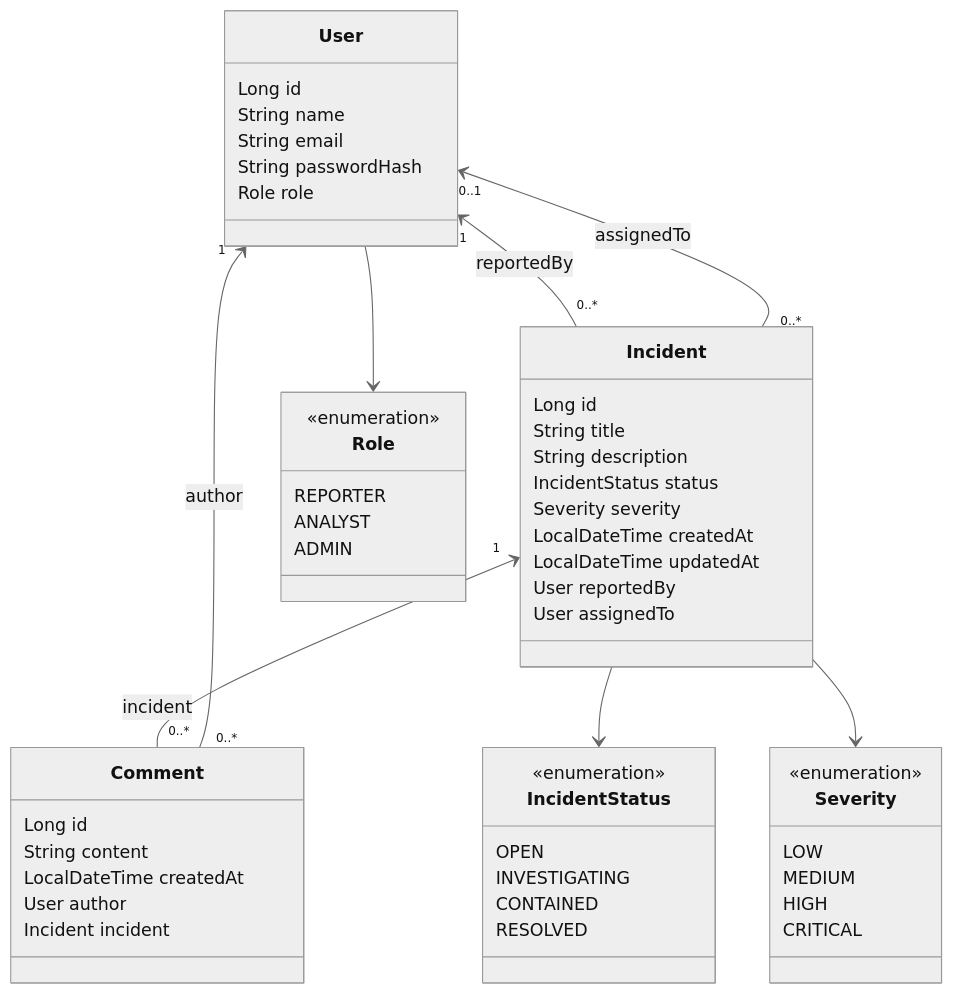
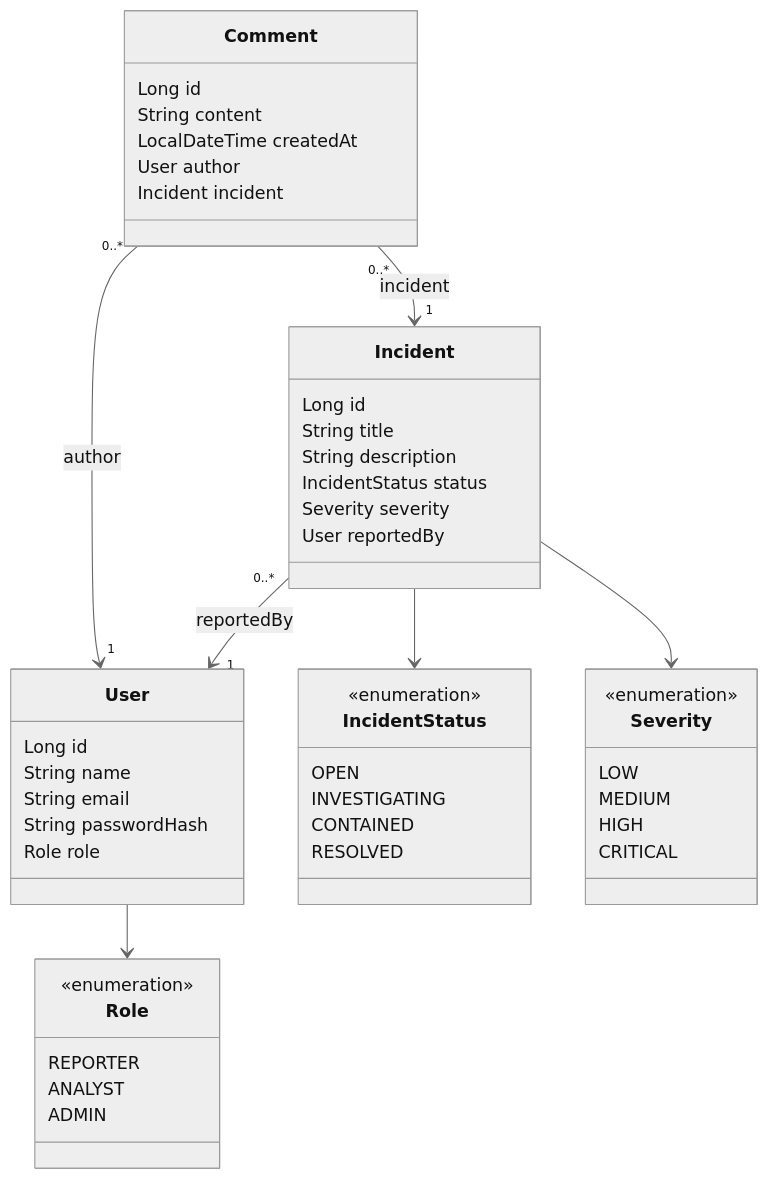
The diagram in docs/entity-diagram.md (nykantwi/SM3-projekt---Cyber-Incident-Tracker), drawn with Mermaid (neutral theme) before and after one commit. The commit also changed other lines of this file and 4 other files, not shown here.

````diff
--- a/docs/entity-diagram.md
+++ b/docs/entity-diagram.md
@@ -18,61 +9,57 @@
 ```mermaid
 classDiagram
     class Incident {
         Long id
         String title
         String description
         IncidentStatus status
         Severity severity
-        LocalDateTime createdAt
-        LocalDateTime updatedAt
         User reportedBy
-        User assignedTo
     }
 
     class User {
         Long id
         String name
         String email
         String passwordHash
         Role role
     }
 
     class Comment {
         Long id
         String content
         LocalDateTime createdAt
         User author
         Incident incident
     }
 
     class IncidentStatus {
         <<enumeration>>
         OPEN
         INVESTIGATING
         CONTAINED
         RESOLVED
     }
 
     class Severity {
         <<enumeration>>
         LOW
         MEDIUM
         HIGH
         CRITICAL
     }
 
     class Role {
         <<enumeration>>
         REPORTER
         ANALYST
         ADMIN
     }
 
-    User "1" <-- "0..*" Incident : reportedBy
-    User "0..1" <-- "0..*" Incident : assignedTo
-    Incident "1" <-- "0..*" Comment : incident
-    User "1" <-- "0..*" Comment : author
+    Incident "0..*" --> "1" User : reportedBy
+    Comment "0..*" --> "1" Incident : incident
+    Comment "0..*" --> "1" User : author
     Incident --> IncidentStatus
     Incident --> Severity
     User --> Role
 ```
````
